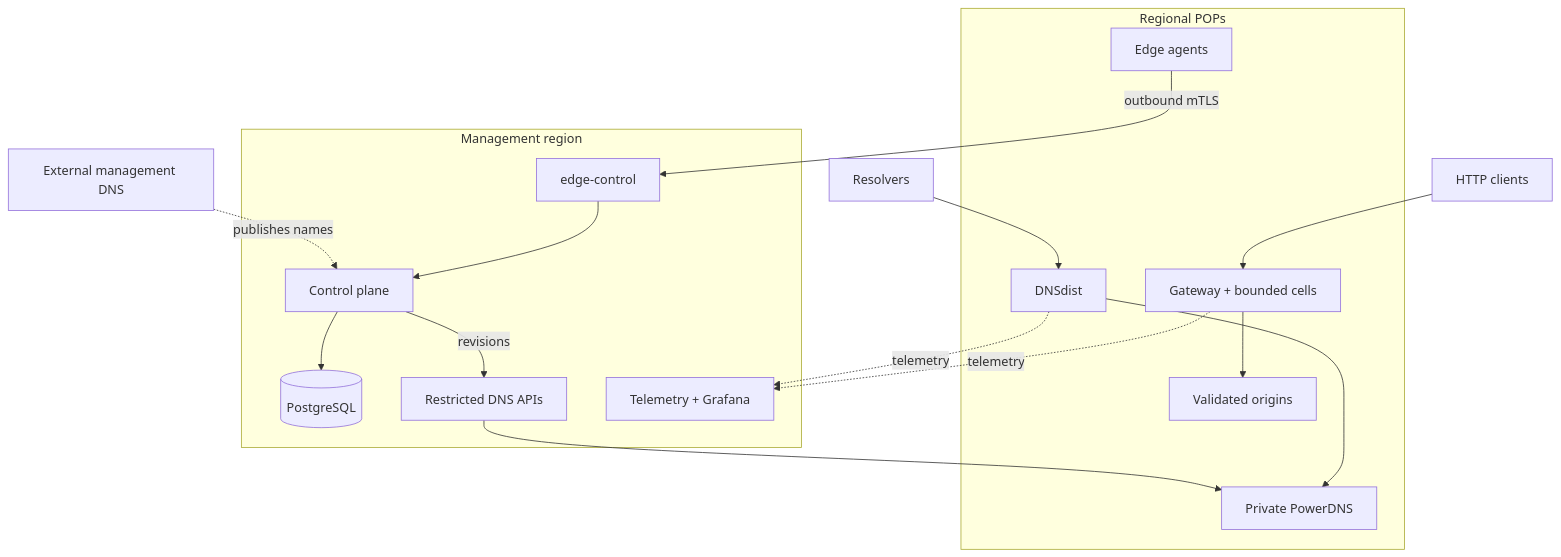
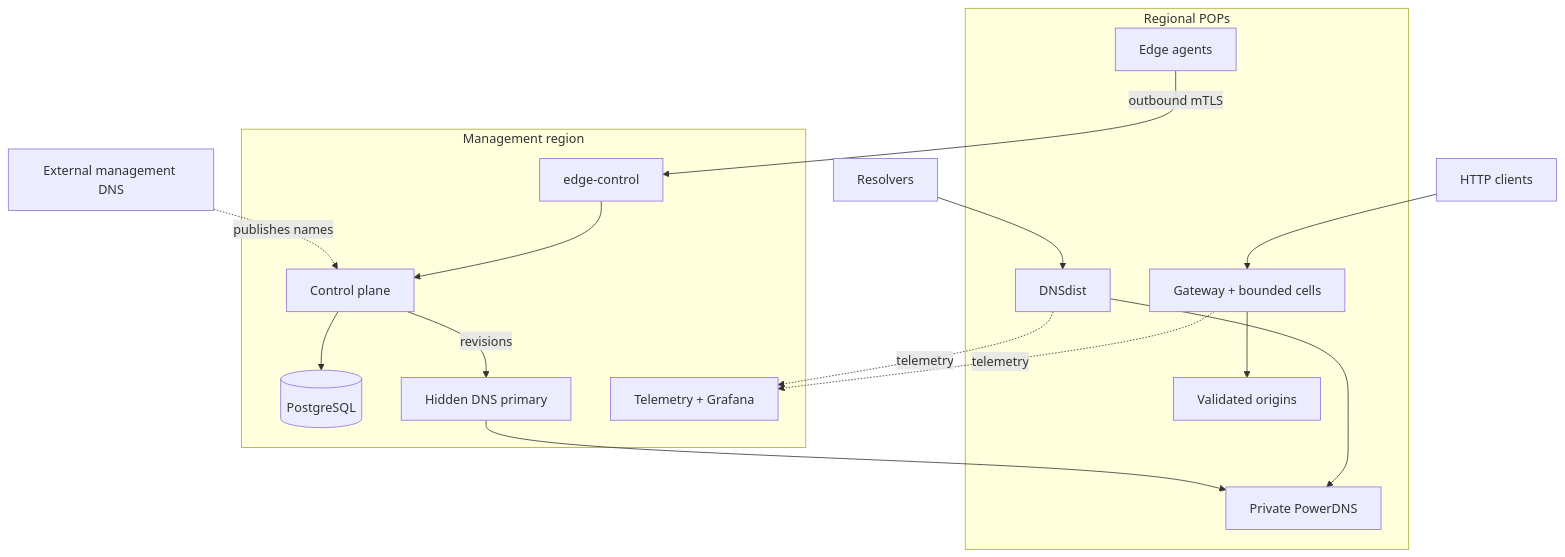
Before and after one commit to vaheed/CDNFoundry: the diagram in docs/deployment/production-quick-start-multi-region.md, drawn with Mermaid. The commit also changed other lines of this file and 17 other files, not shown here.

Commit message:
docs: describe the hidden primary, DNS nodes, and their operation

````diff
--- a/docs/deployment/production-quick-start-multi-region.md
+++ b/docs/deployment/production-quick-start-multi-region.md
@@ -8,20 +8,20 @@
 ```mermaid
 flowchart TB
   ExternalDNS["External management DNS"] -. "publishes names" .-> CONTROL
   subgraph Management["Management region"]
     CONTROL["Control plane"] --> PG[("PostgreSQL")]
     EDGEAPI["edge-control"] --> CONTROL
-    CONTROL -->|"revisions"| DNSAPIS["Restricted DNS APIs"]
+    CONTROL -->|"revisions"| DNSAPIS["Hidden DNS primary"]
     TELEMETRY["Telemetry + Grafana"]
   end
   subgraph Regions["Regional POPs"]
     Agents["Edge agents"] -->|"outbound mTLS"| EDGEAPI
     DNSAPIS --> PDNS["Private PowerDNS"]
     DNSDIST["DNSdist"] --> PDNS
     GATEWAYS["Gateway + bounded cells"] --> Origins["Validated origins"]
   end
   Resolvers["Resolvers"] --> DNSDIST
   Clients["HTTP clients"] --> GATEWAYS
   DNSDIST -. "telemetry" .-> TELEMETRY
   GATEWAYS -. "telemetry" .-> TELEMETRY
 ```
````
